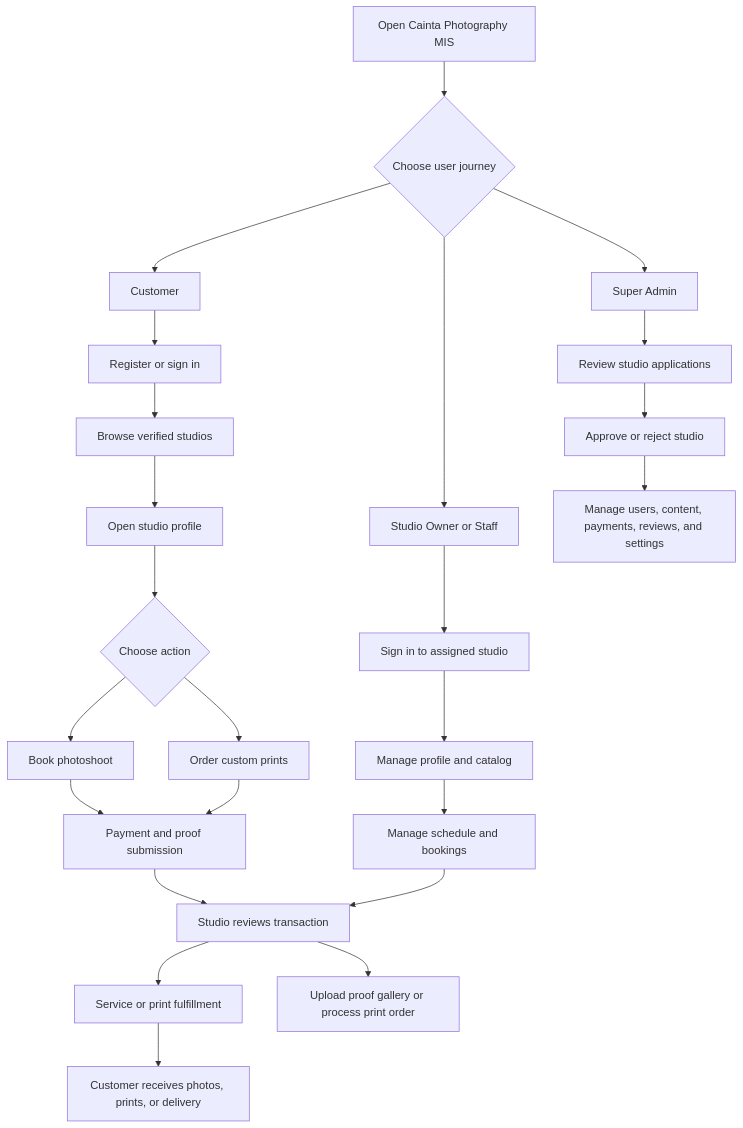
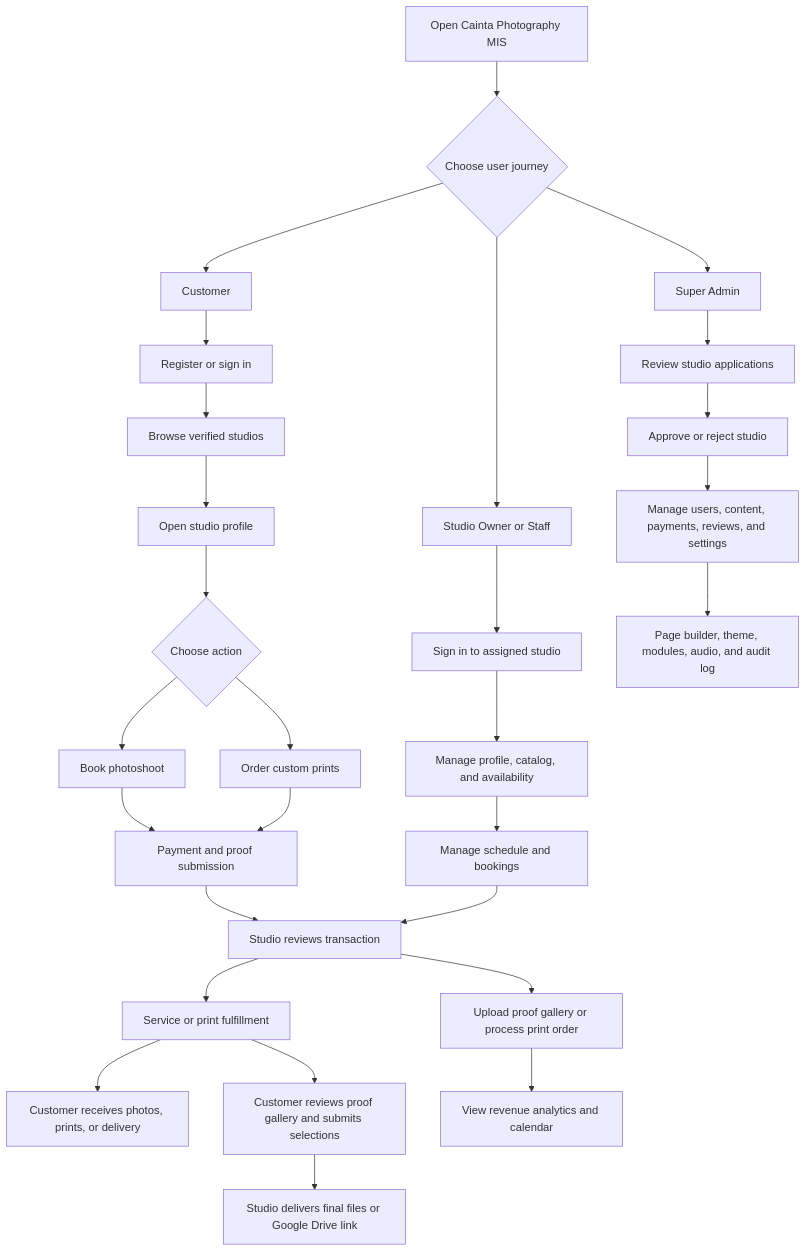
Before and after one commit to danielpadilla140600-lgtm/CaintaPhotographymisystem: the first of 10 diagrams in README.md, drawn with Mermaid. The commit also changed other lines of this file and 29 other files, not shown here.

````diff
--- a/README.md
+++ b/README.md
@@ -10,29 +12,33 @@
 ```mermaid
 flowchart TD
    A[Open Cainta Photography MIS] --> B{Choose user journey}
    B --> C[Customer]
    B --> D[Studio Owner or Staff]
    B --> E[Super Admin]
 
    C --> C1[Register or sign in]
    C1 --> C2[Browse verified studios]
    C2 --> C3[Open studio profile]
    C3 --> C4{Choose action}
    C4 --> C5[Book photoshoot]
    C4 --> C6[Order custom prints]
    C5 --> F[Payment and proof submission]
    C6 --> F
    F --> G[Studio reviews transaction]
    G --> H[Service or print fulfillment]
    H --> I[Customer receives photos, prints, or delivery]
+   H --> I2[Customer reviews proof gallery and submits selections]
+   I2 --> I3[Studio delivers final files or Google Drive link]
 
    D --> D1[Sign in to assigned studio]
-   D1 --> D2[Manage profile and catalog]
+   D1 --> D2[Manage profile, catalog, and availability]
    D2 --> D3[Manage schedule and bookings]
    D3 --> G
    G --> D4[Upload proof gallery or process print order]
+   D4 --> D5[View revenue analytics and calendar]
 
    E --> E1[Review studio applications]
    E1 --> E2[Approve or reject studio]
    E2 --> E3[Manage users, content, payments, reviews, and settings]
+   E3 --> E4[Page builder, theme, modules, audio, and audit log]
 ```
````
